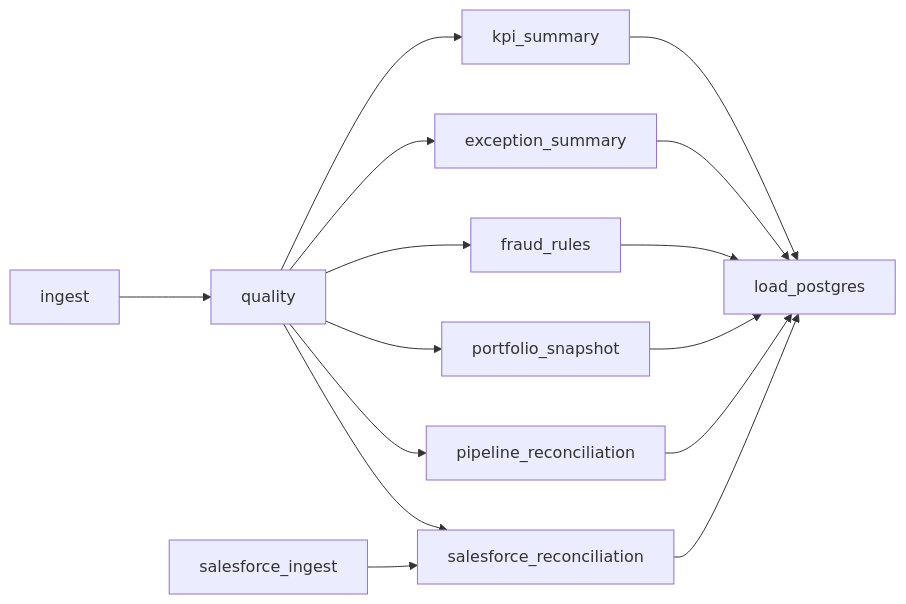
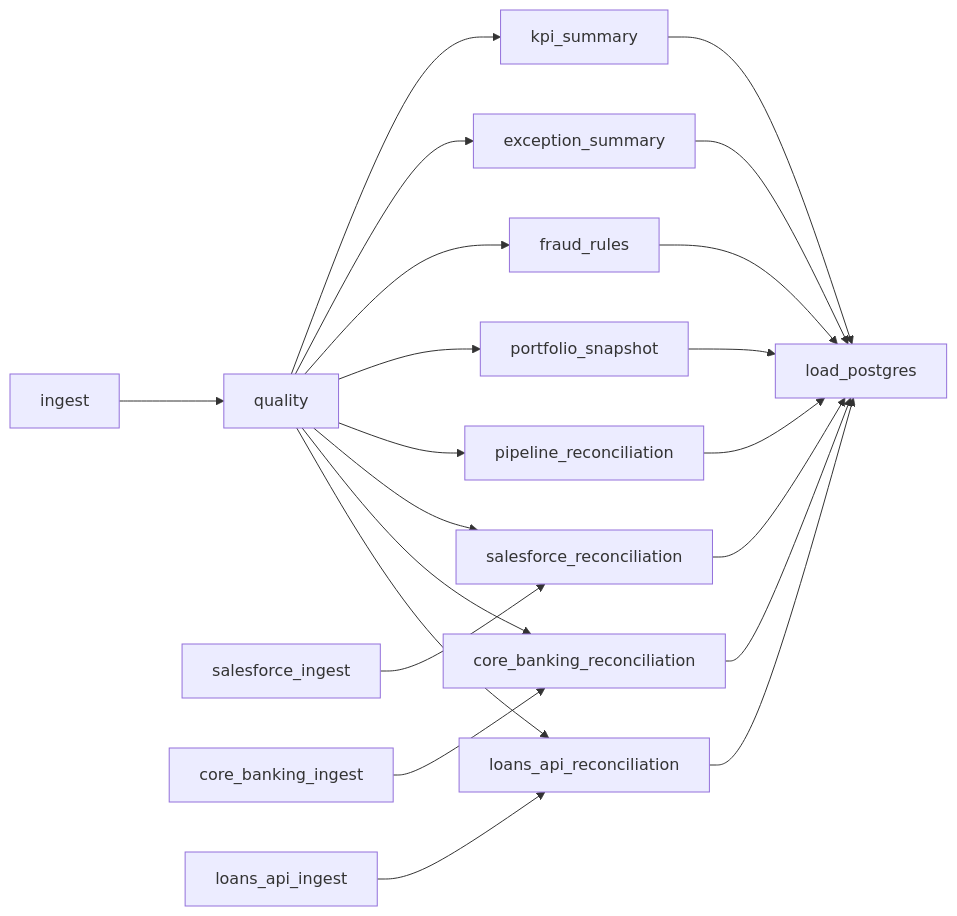
One commit to aayaan1999/Multi-Source-Treasury-Data-Reconciliation-Verification-Platform changed the eighth of 8 diagrams in project-docs/PLATFORM-TECHNICAL-SPECIFICATION.md. Above: the diagram before and after it, drawn with Mermaid. The commit also changed other lines of this file, not shown here.

````diff
--- a/project-docs/PLATFORM-TECHNICAL-SPECIFICATION.md
+++ b/project-docs/PLATFORM-TECHNICAL-SPECIFICATION.md
@@ -1205,17 +1246,23 @@
 ```mermaid
 flowchart LR
   ingest --> quality
   quality --> kpi_summary
   quality --> exception_summary
   quality --> fraud_rules
   quality --> portfolio_snapshot
   quality --> pipeline_reconciliation
   salesforce_ingest --> salesforce_reconciliation
   quality --> salesforce_reconciliation
+  core_banking_ingest --> core_banking_reconciliation
+  quality --> core_banking_reconciliation
+  loans_api_ingest --> loans_api_reconciliation
+  quality --> loans_api_reconciliation
   kpi_summary --> load_postgres
   exception_summary --> load_postgres
   fraud_rules --> load_postgres
   portfolio_snapshot --> load_postgres
   pipeline_reconciliation --> load_postgres
   salesforce_reconciliation --> load_postgres
+  core_banking_reconciliation --> load_postgres
+  loans_api_reconciliation --> load_postgres
 ```
````
